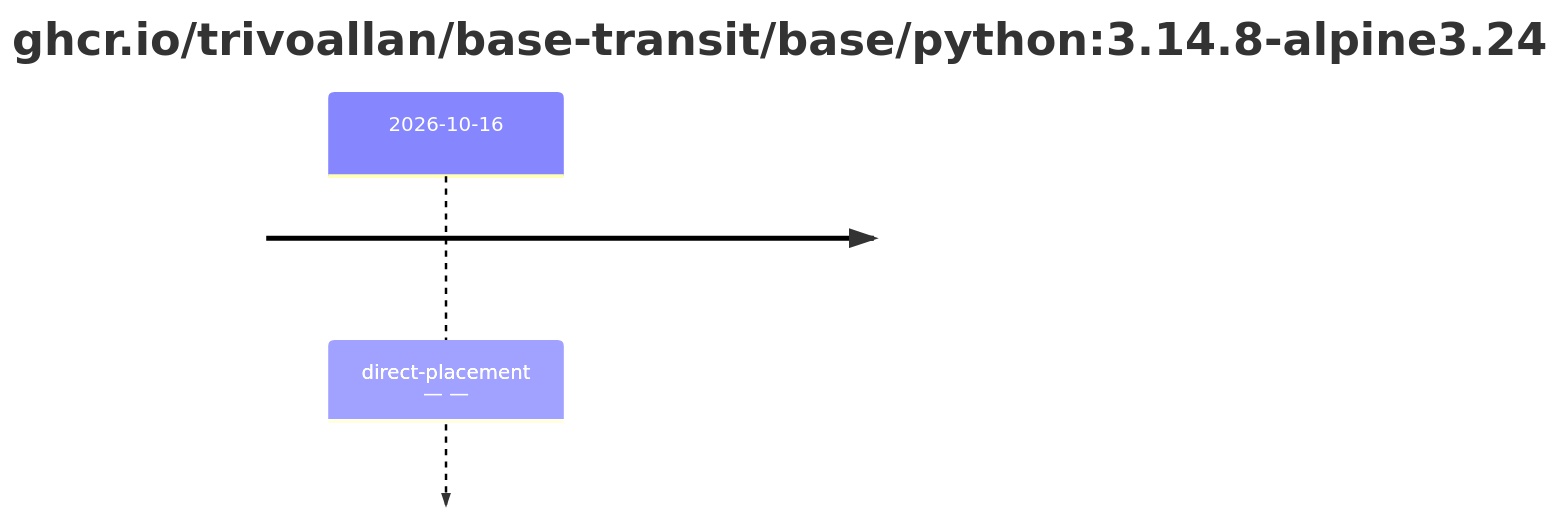
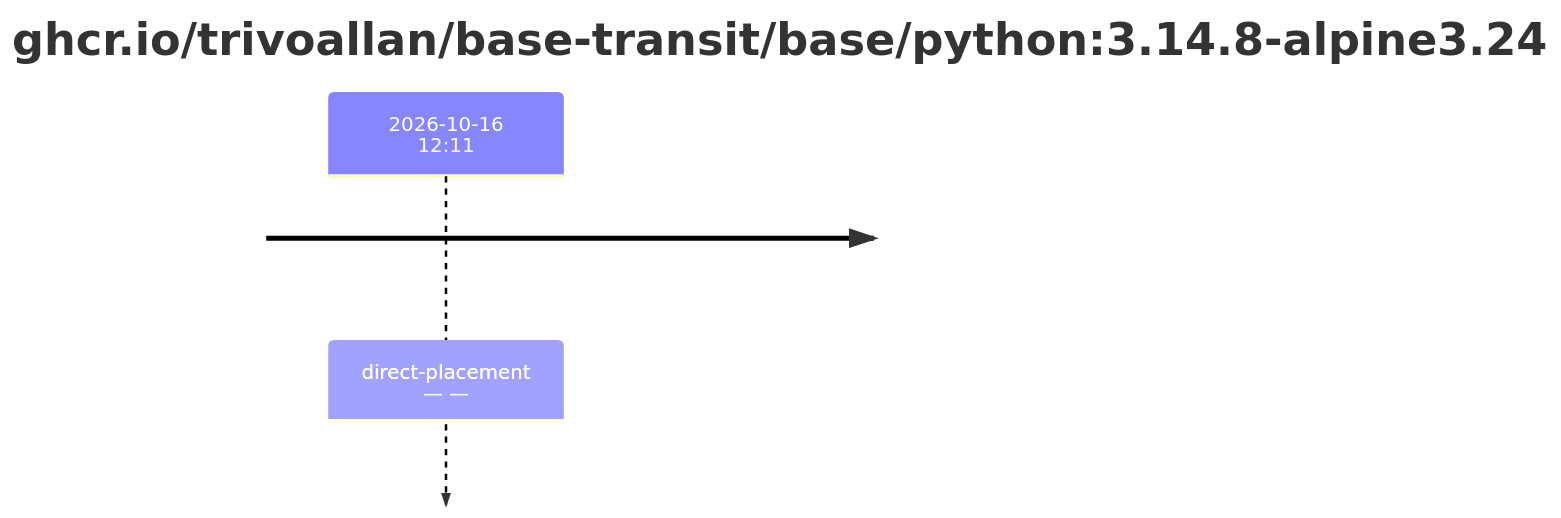
One commit to trivoallan/base-images changed the second of 5 diagrams in results/reports/base-python-3/sha256:267d3fedc02b43d34b8d74d7d8c8e73dd0d8b7c456fcd6ed47eb46b80368230d.md. Above: the diagram before and after it, drawn with Mermaid. The commit also changed other lines of this file and 12 other files, not shown here.

````diff
--- a/results/reports/base-python-3/sha256:267d3fedc02b43d34b8d74d7d8c8e73dd0d8b7c456fcd6ed47eb46b80368230d.md
+++ b/results/reports/base-python-3/sha256:267d3fedc02b43d34b8d74d7d8c8e73dd0d8b7c456fcd6ed47eb46b80368230d.md
@@ -19,5 +19,5 @@
 ```mermaid
 timeline
     title ghcr.io/trivoallan/base-transit/base/python#58;3.14.8-alpine3.24
-    2026-10-16 : direct-placement — —
+    2026-10-16 12#58;11 : direct-placement — —
 ```
````
